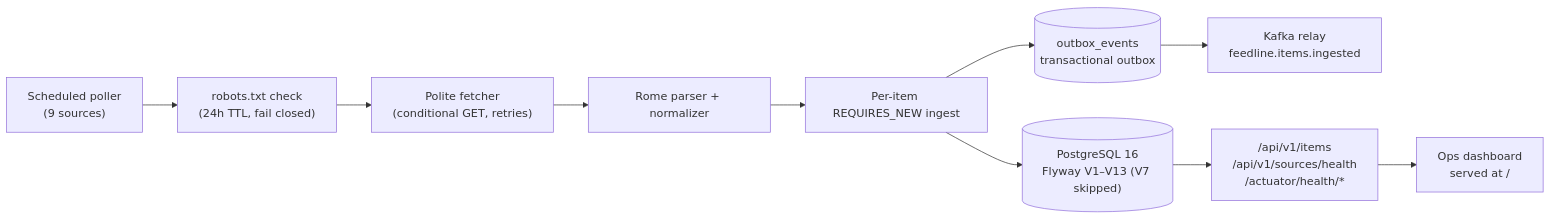
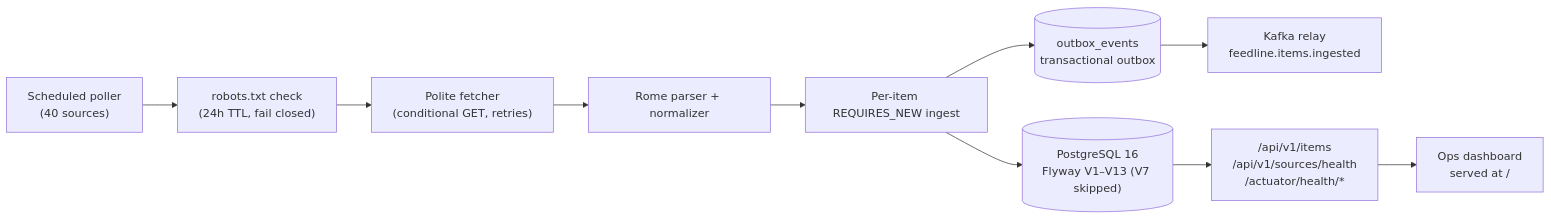
One commit to kopekijay11-hub/feedline changed the diagram in README.md. Above: the diagram before and after it, drawn with Mermaid. The commit also changed other lines of this file, not shown here.

Commit message:
README refresh: 40 sources live, reader dashboard surfaces (explorer, subscribe, top stories), 248-test baseline

````diff
--- a/README.md
+++ b/README.md
@@ -25,12 +25,12 @@
 ```mermaid
 flowchart LR
-    S["Scheduled poller<br/>(9 sources)"] --> R["robots.txt check<br/>(24h TTL, fail closed)"]
+    S["Scheduled poller<br/>(40 sources)"] --> R["robots.txt check<br/>(24h TTL, fail closed)"]
     R --> F["Polite fetcher<br/>(conditional GET, retries)"]
     F --> P["Rome parser + normalizer"]
     P --> I["Per-item REQUIRES_NEW ingest"]
     I --> DB[("PostgreSQL 16<br/>Flyway V1–V13 (V7 skipped)")]
     I --> O[("outbox_events<br/>transactional outbox")]
     O --> K["Kafka relay<br/>feedline.items.ingested"]
     DB --> A["/api/v1/items<br/>/api/v1/sources/health<br/>/actuator/health/*"]
     A --> D["Ops dashboard<br/>served at /"]
 ```
````
